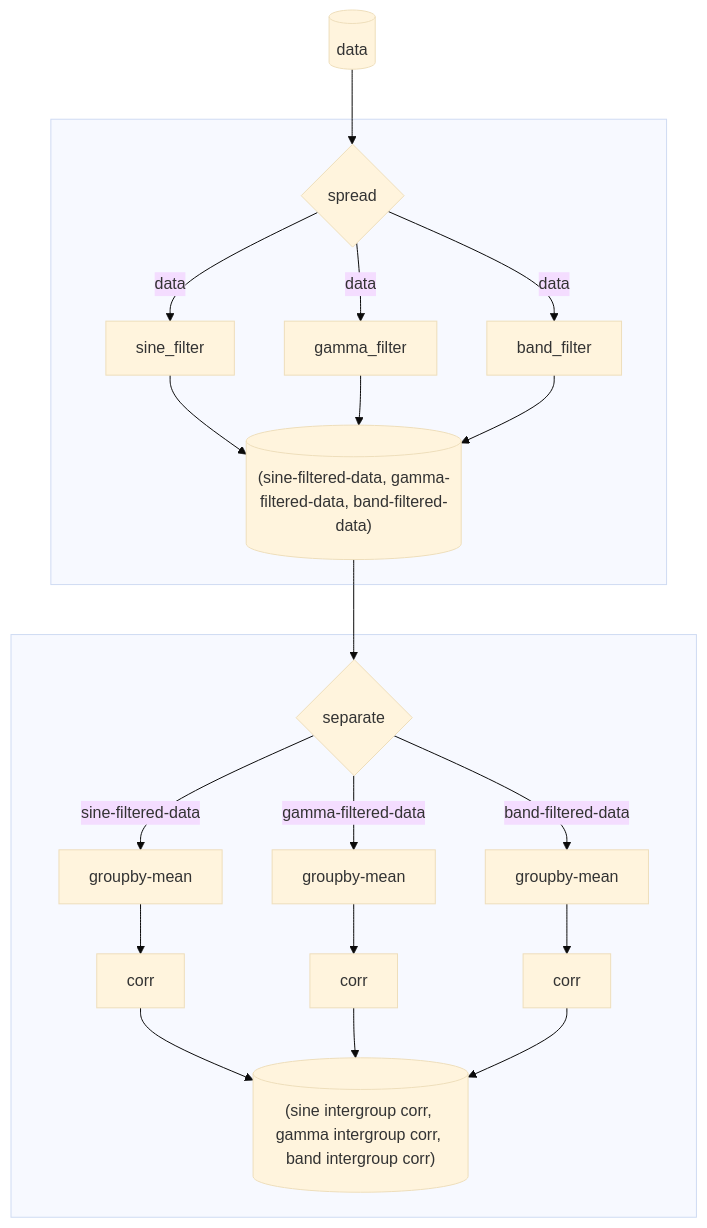
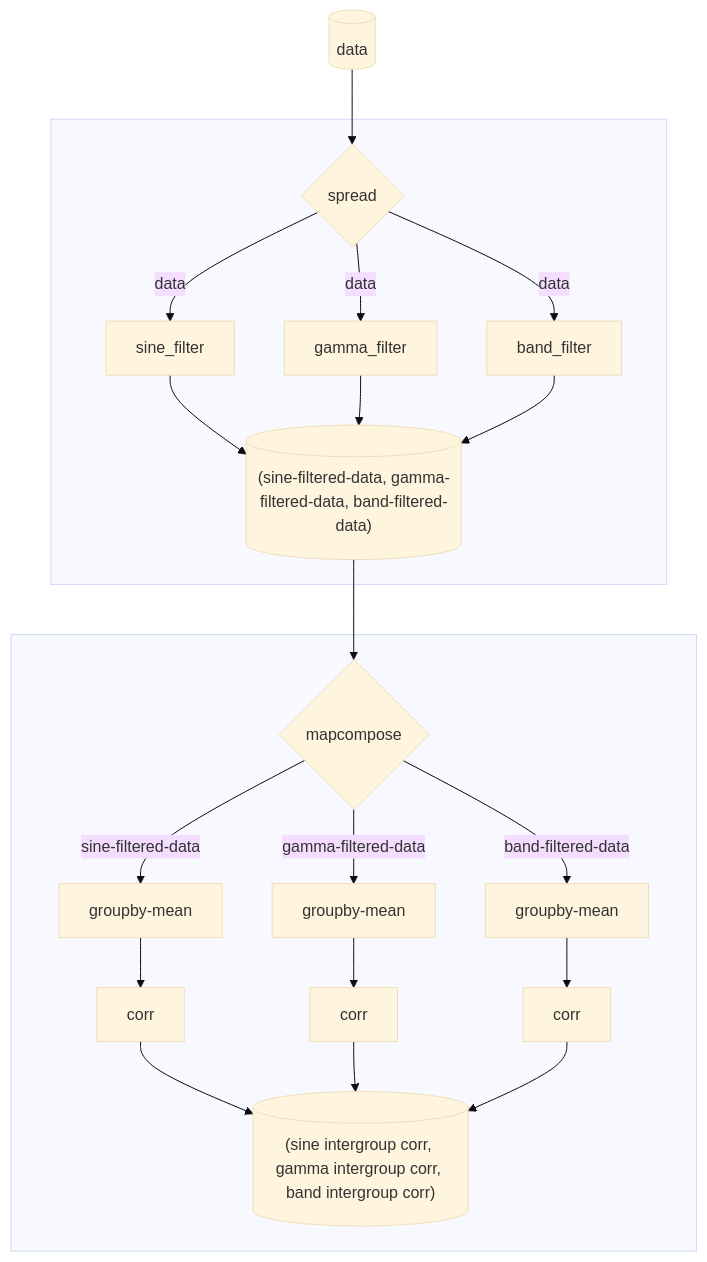
One commit to ejolly/py-utilz changed the seventh of 11 diagrams in docs/pipes.md. Above: the diagram before and after it, drawn with Mermaid (base theme). The commit also changed other lines of this file, not shown here.

````diff
--- a/docs/pipes.md
+++ b/docs/pipes.md
@@ -230,25 +235,25 @@
 ```mermaid
 graph TD
   df[(data)]-->spread{spread}
   subgraph  
   spread-- data -->sine[sine_filter]
   spread-- data -->gamma[gamma_filter]
   spread-- data -->band[band_filter]
   sine -->out[("(sine-filtered-data, gamma-filtered-data, band-filtered-data)")]
   gamma -->out
   band -->out
   end
 
-  out -->separate{separate}
+  out -->mapcompose{mapcompose}
   subgraph  
-  separate-- sine-filtered-data -->aggfuncsine[groupby-mean]
-  separate-- gamma-filtered-data -->aggfuncgamma[groupby-mean]
-  separate-- band-filtered-data -->aggfuncband[groupby-mean]
+  mapcompose-- sine-filtered-data -->aggfuncsine[groupby-mean]
+  mapcompose-- gamma-filtered-data -->aggfuncgamma[groupby-mean]
+  mapcompose-- band-filtered-data -->aggfuncband[groupby-mean]
   aggfuncsine-->aggcorrsine[corr]
   aggfuncgamma-->aggcorrgamma[corr]
   aggfuncband-->aggcorrband[corr]
   aggcorrsine -->dfout[("(sine intergroup corr, gamma intergroup corr, band intergroup corr)")]
   aggcorrgamma -->dfout
   aggcorrband -->dfout
   end
 ```
````
